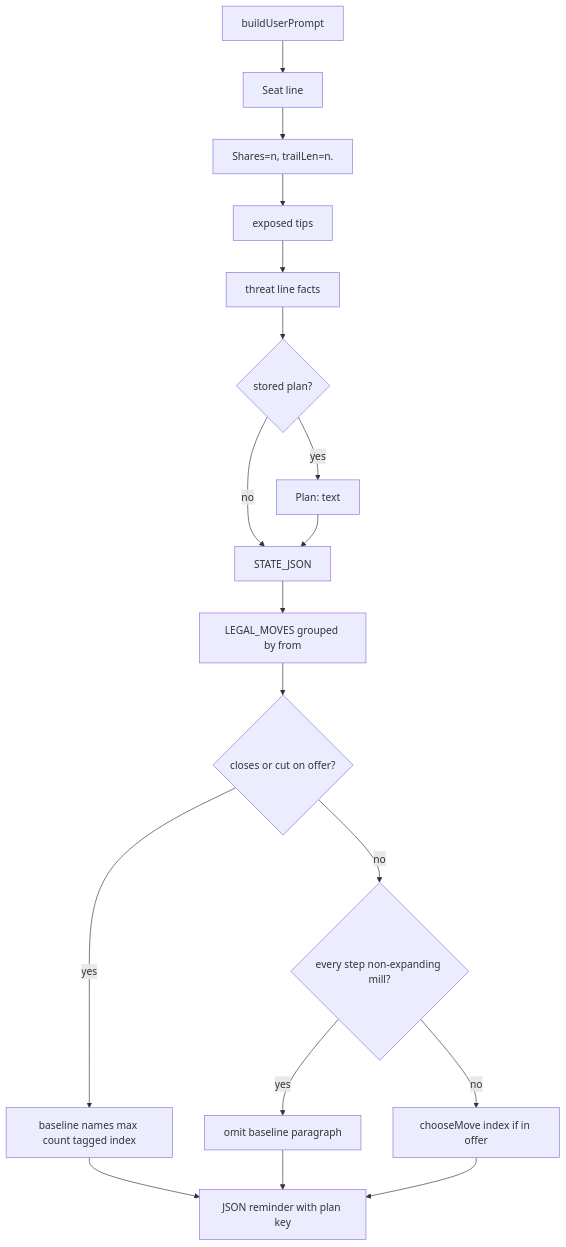
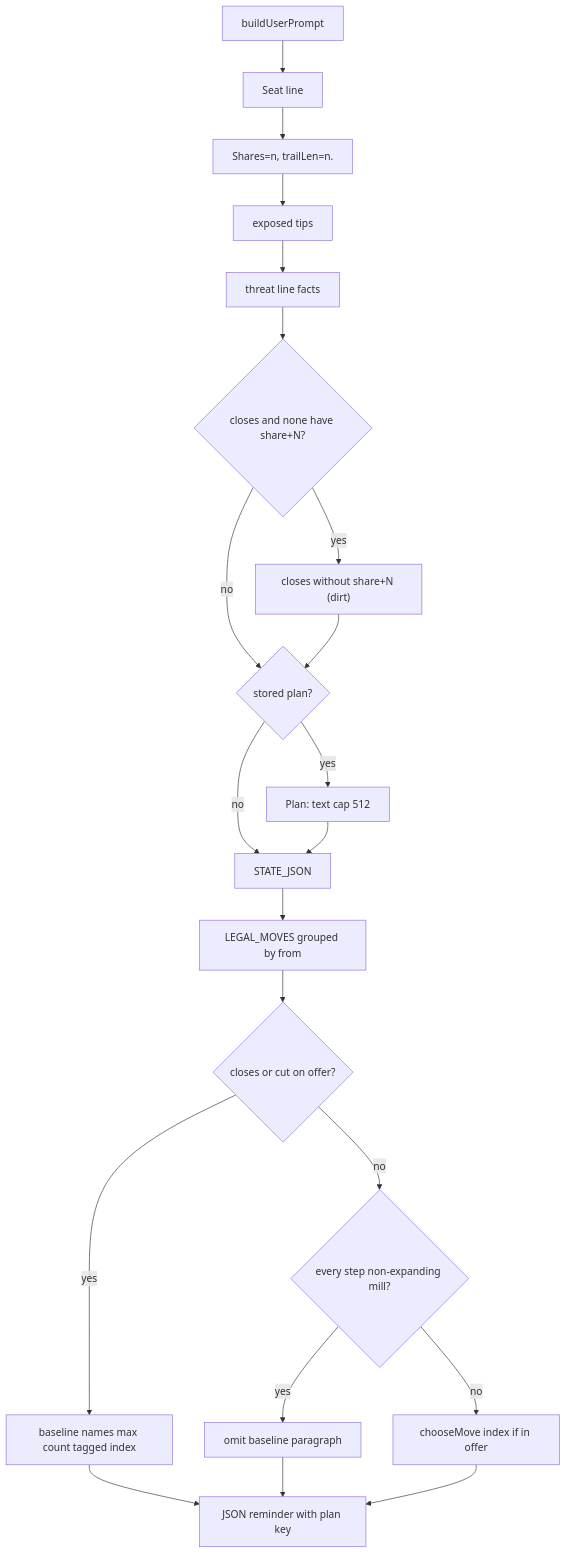
One commit to hochgi/conquarrow changed the first of 2 diagrams in docs/spec/byok-hint-and-threat/byok-hint-and-threat.md. Above: the diagram before and after it, drawn with Mermaid. The commit also changed other lines of this file and 11 other files, not shown here.

First line of the commit message:
🤖: P66 — BYOK plan budget 512, dirt-close header, tag-chase rewrite (#57)

````diff
--- a/docs/spec/byok-hint-and-threat/byok-hint-and-threat.md
+++ b/docs/spec/byok-hint-and-threat/byok-hint-and-threat.md
@@ -376,20 +526,23 @@
 ```mermaid
 flowchart TD
   Build["buildUserPrompt"] --> Seat["Seat line"]
   Seat --> Phase["Shares=n, trailLen=n."]
   Phase --> Tips["exposed tips"]
   Tips --> Threat["threat line facts"]
-  Threat --> Stored{"stored plan?"}
-  Stored -->|yes| PlanLine["Plan: text"]
+  Threat --> Dirt{"closes and none have share+N?"}
+  Dirt -->|yes| DirtClause["closes without share+N (dirt)"]
+  Dirt -->|no| Stored
+  DirtClause --> Stored{"stored plan?"}
+  Stored -->|yes| PlanLine["Plan: text cap 512"]
   Stored -->|no| Json
   PlanLine --> Json["STATE_JSON"]
   Json --> Legal["LEGAL_MOVES grouped by from"]
   Legal --> Tags{"closes or cut on offer?"}
   Tags -->|yes| Lump["baseline names max count tagged index"]
   Tags -->|no| Mill{"every step non-expanding mill?"}
   Mill -->|yes| Omit["omit baseline paragraph"]
   Mill -->|no| Greedy["chooseMove index if in offer"]
   Lump --> Reply
   Omit --> Reply
   Greedy --> Reply["JSON reminder with plan key"]
 ```
````
